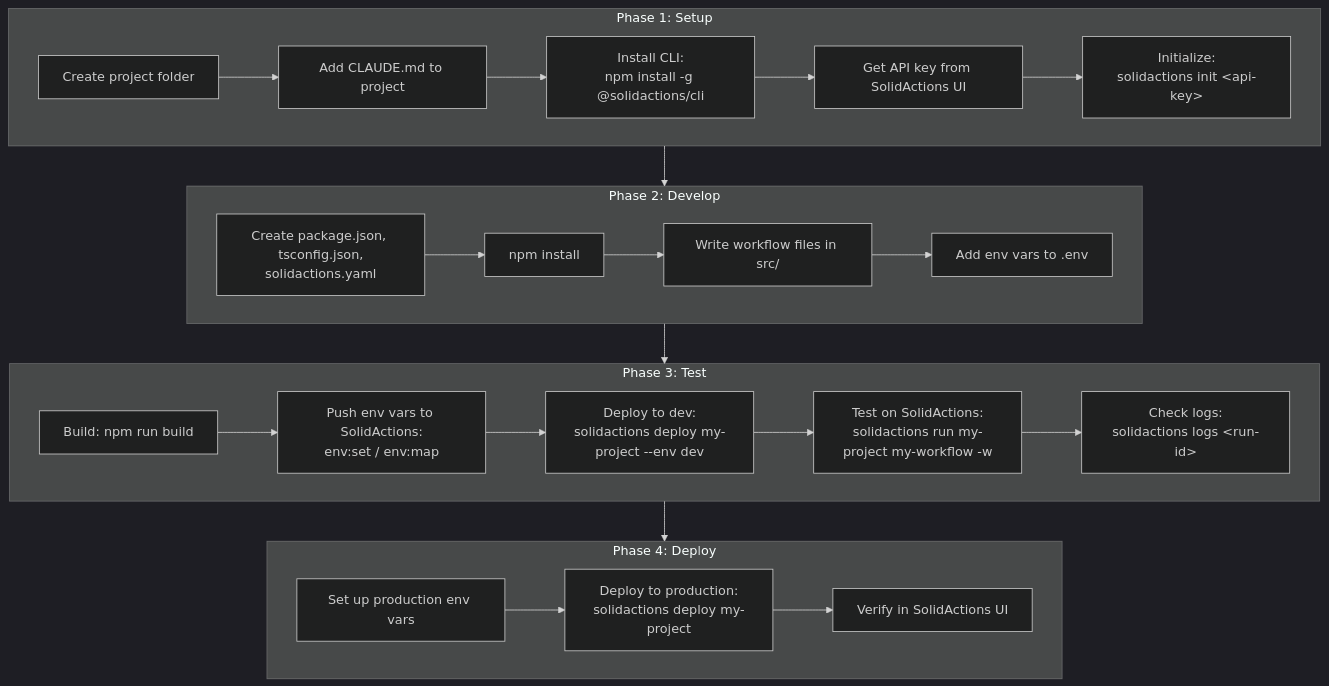
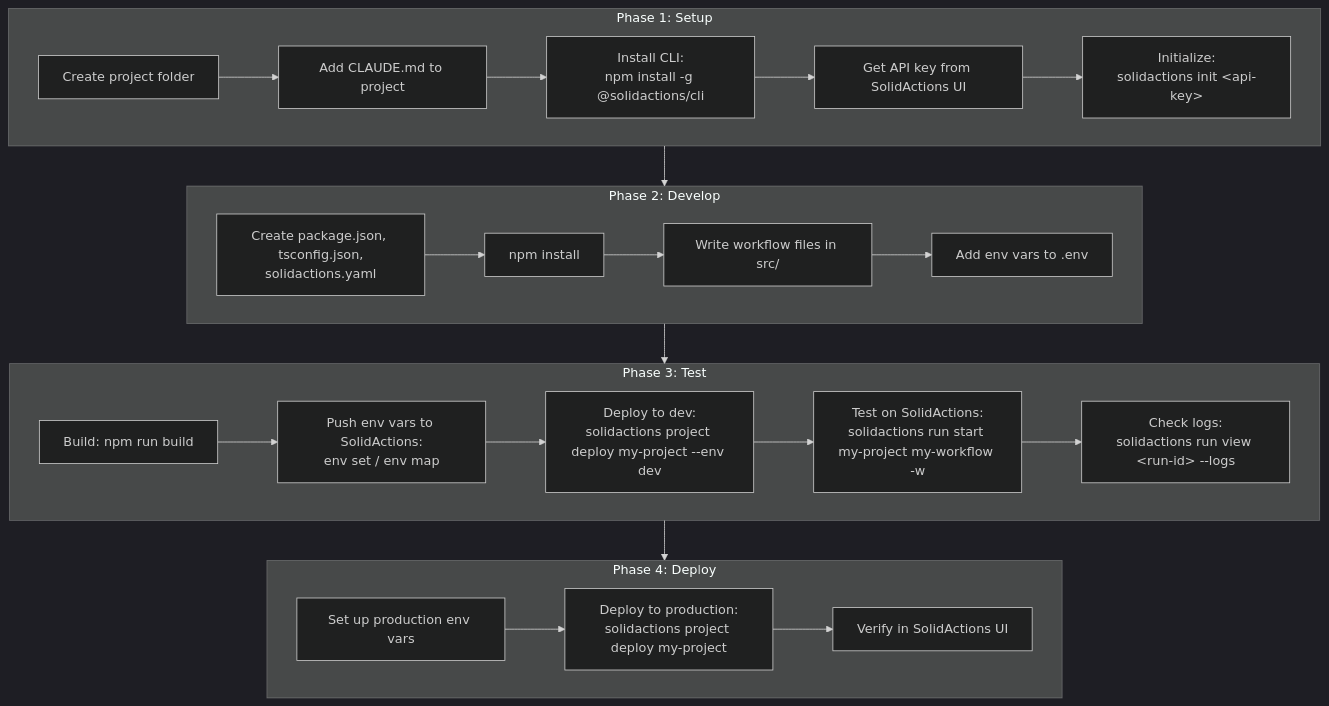
Before and after one commit to SolidActions/solidactions-examples: the diagram in workflow.md, drawn with Mermaid (dark theme). The commit also changed other lines of this file and 5 other files, not shown here.

````diff
--- a/workflow.md
+++ b/workflow.md
@@ -5,31 +5,31 @@
 ```mermaid
 graph TD
     subgraph Setup["Phase 1: Setup"]
         S1[Create project folder] --> S2[Add CLAUDE.md to project]
         S2 --> S3["Install CLI:<br/>npm install -g @solidactions/cli"]
         S3 --> S4[Get API key from SolidActions UI]
         S4 --> S5["Initialize:<br/>solidactions init &lt;api-key&gt;"]
     end
 
     subgraph Develop["Phase 2: Develop"]
         D1["Create package.json, tsconfig.json,<br/>solidactions.yaml"] --> D2["npm install"]
         D2 --> D3["Write workflow files in src/"]
         D3 --> D4["Add env vars to .env"]
     end
 
     subgraph Test["Phase 3: Test"]
-        T1["Build: npm run build"] --> T2["Push env vars to SolidActions:<br/>env:set / env:map"]
-        T2 --> T3["Deploy to dev:<br/>solidactions deploy my-project --env dev"]
-        T3 --> T4["Test on SolidActions:<br/>solidactions run my-project my-workflow -w"]
-        T4 --> T5["Check logs:<br/>solidactions logs &lt;run-id&gt;"]
+        T1["Build: npm run build"] --> T2["Push env vars to SolidActions:<br/>env set / env map"]
+        T2 --> T3["Deploy to dev:<br/>solidactions project deploy my-project --env dev"]
+        T3 --> T4["Test on SolidActions:<br/>solidactions run start my-project my-workflow -w"]
+        T4 --> T5["Check logs:<br/>solidactions run view &lt;run-id&gt; --logs"]
     end
 
     subgraph Deploy["Phase 4: Deploy"]
-        P1[Set up production env vars] --> P2["Deploy to production:<br/>solidactions deploy my-project"]
+        P1[Set up production env vars] --> P2["Deploy to production:<br/>solidactions project deploy my-project"]
         P2 --> P3[Verify in SolidActions UI]
     end
 
     Setup --> Develop
     Develop --> Test
     Test --> Deploy
 ```
````
